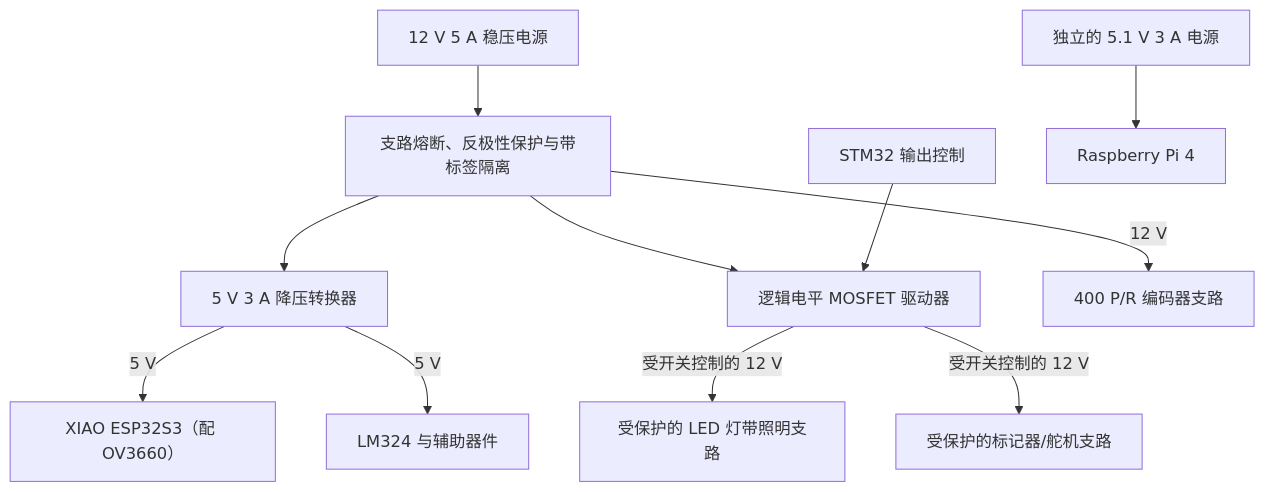
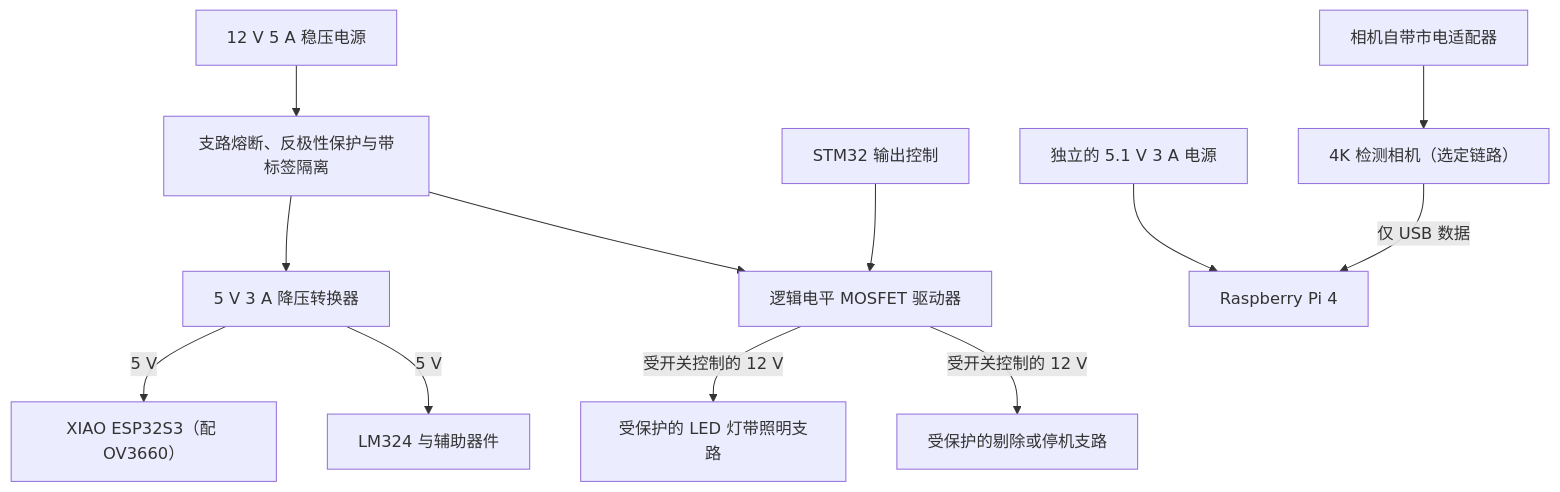
One commit to wxy331-hub/eng5105-rpla-surface-quality changed the fourth of 4 diagrams in paper_rewriting_output/ENG5105_Proposal_Design_Report_ZH.md. Above: the diagram before and after it, drawn with Mermaid. The commit also changed other lines of this file and 22 other files, not shown here.

````diff
--- a/paper_rewriting_output/ENG5105_Proposal_Design_Report_ZH.md
+++ b/paper_rewriting_output/ENG5105_Proposal_Design_Report_ZH.md
@@ -460,17 +492,18 @@
 ```mermaid
 flowchart TB
     PS["12 V 5 A 稳压电源"]
     PT["支路熔断、反极性保护与带标签隔离"]
     BK["5 V 3 A 降压转换器"]
     DR["逻辑电平 MOSFET 驱动器"]
     PS --> PT
     PT --> BK
     PT --> DR
-    PT -->|"12 V"| ENC["400 P/R 编码器支路"]
     BK -->|"5 V"| ESP["XIAO ESP32S3（配 OV3660）"]
     BK -->|"5 V"| ANA["LM324 与辅助器件"]
     DR -->|"受开关控制的 12 V"| LT["受保护的 LED 灯带照明支路"]
-    DR -->|"受开关控制的 12 V"| MK["受保护的标记器/舵机支路"]
+    DR -->|"受开关控制的 12 V"| MK["受保护的剔除或停机支路"]
     STM["STM32 输出控制"] --> DR
     PIS["独立的 5.1 V 3 A 电源"] --> PI["Raspberry Pi 4"]
+    ADP["相机自带市电适配器"] --> CAM["4K 检测相机（选定链路）"]
+    CAM -->|"仅 USB 数据"| PI
 ```
````
